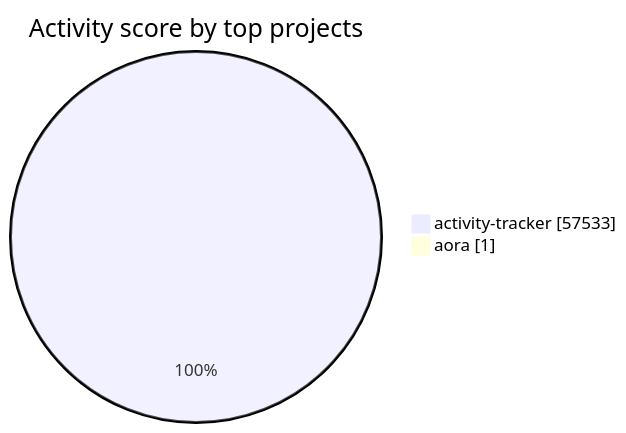
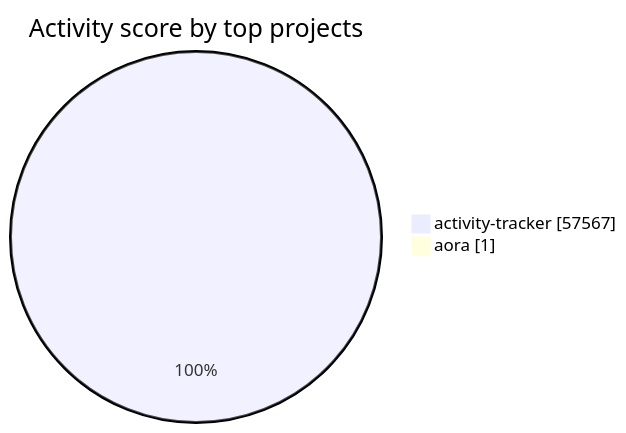
The diagram in visualizations/README.md (Sonkarrushikesh22/activity-tracker), drawn with Mermaid before and after one commit. The commit also changed other lines of this file and 4 other files, not shown here.

````diff
--- a/visualizations/README.md
+++ b/visualizations/README.md
@@ -33,6 +33,6 @@
 ```mermaid
 pie showData
     title Activity score by top projects
-    "activity-tracker" : 57533
+    "activity-tracker" : 57567
     "aora" : 1
 ```
````
